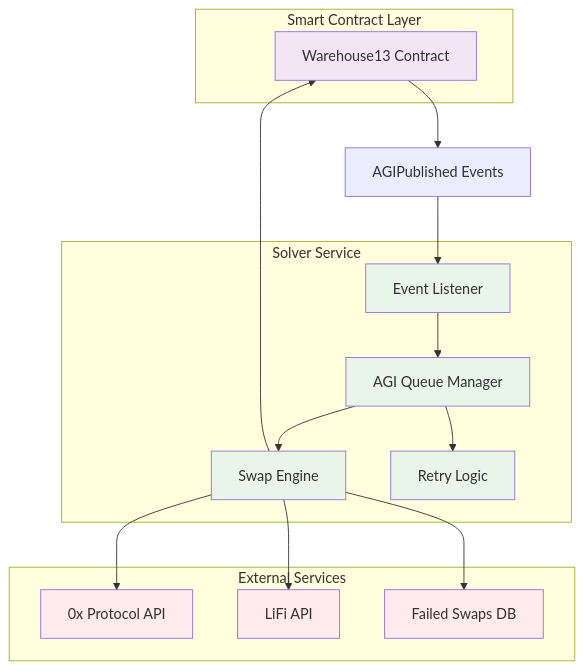
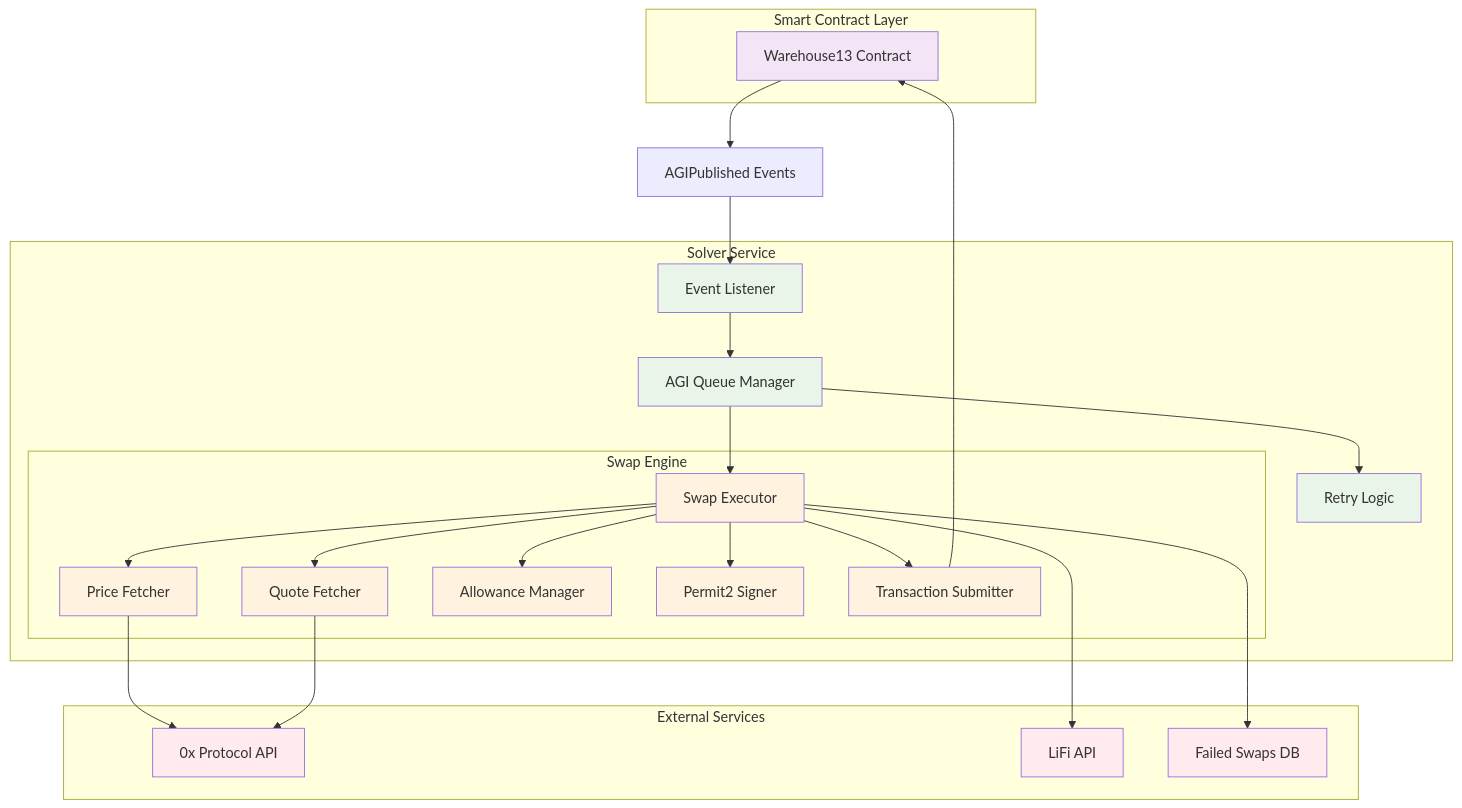
One commit to Semantic-Layer/svf-42-agi-solver changed the first of 3 diagrams in agi-solver-architecture.md. Above: the diagram before and after it, drawn with Mermaid.

````diff
--- a/agi-solver-architecture.md
+++ b/agi-solver-architecture.md
@@ -5,53 +5,72 @@
 ```mermaid
 graph TB
     %% Smart Contract Layer
     subgraph "Smart Contract Layer"
         Warehouse13[Warehouse13 Contract]
     end
 
     %% Events
     Events[AGIPublished Events]
 
     %% Solver Service Layer
     subgraph "Solver Service"
         EventListener[Event Listener]
         QueueManager[AGI Queue Manager]
-        SwapEngine[Swap Engine]
+        
+        subgraph "Swap Engine"
+            PriceFetcher[Price Fetcher]
+            QuoteFetcher[Quote Fetcher]
+            AllowanceManager[Allowance Manager]
+            Permit2Signer[Permit2 Signer]
+            TransactionSubmitter[Transaction Submitter]
+            SwapExecutor[Swap Executor]
+        end
+        
         RetryLogic[Retry Logic]
     end
 
     %% External Services
     subgraph "External Services"
         ZeroExAPI[0x Protocol API]
         LifiAPI[LiFi API]
         FailedDB[Failed Swaps DB]
     end
 
     %% Order Flow
     Warehouse13 --> Events
     
     %% Event Processing
     Events --> EventListener
     EventListener --> QueueManager
     
     %% Queue Processing
-    QueueManager --> SwapEngine
+    QueueManager --> SwapExecutor
     QueueManager --> RetryLogic
     
-    %% Swap Execution
-    SwapEngine --> ZeroExAPI
-    SwapEngine --> LifiAPI
-    SwapEngine --> FailedDB
+    %% Swap Engine Internal Flow
+    SwapExecutor --> PriceFetcher
+    SwapExecutor --> QuoteFetcher
+    SwapExecutor --> AllowanceManager
+    SwapExecutor --> Permit2Signer
+    SwapExecutor --> TransactionSubmitter
+    
+    %% External API Calls
+    PriceFetcher --> ZeroExAPI
+    QuoteFetcher --> ZeroExAPI
+    SwapExecutor --> LifiAPI
+    SwapExecutor --> FailedDB
     
     %% Order Completion
-    SwapEngine --> Warehouse13
+    TransactionSubmitter --> Warehouse13
     
     %% Styling
     classDef contractLayer fill:#f3e5f5
     classDef serviceLayer fill:#e8f5e8
+    classDef swapEngineLayer fill:#fff3e0
     classDef externalLayer fill:#ffebee
     
     class Warehouse13 contractLayer
-    class EventListener,QueueManager,SwapEngine,RetryLogic serviceLayer
+    class EventListener,QueueManager,RetryLogic serviceLayer
+    class PriceFetcher,QuoteFetcher,AllowanceManager,Permit2Signer,TransactionSubmitter,SwapExecutor swapEngineLayer
     class ZeroExAPI,LifiAPI,FailedDB externalLayer
 ```
````
